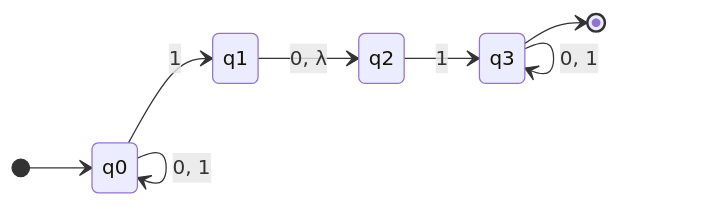
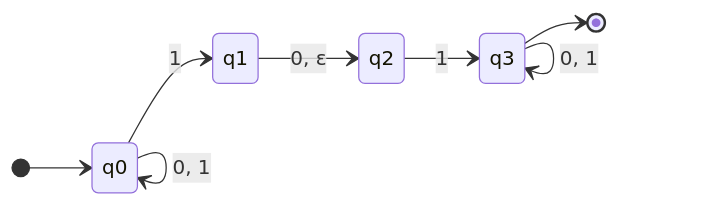
Before and after one commit to lelongc/rac: the first of 12 diagrams in iuh/môn/hk1-4/automat/3-4/ly_thuyet_nfa.md, drawn with Mermaid. The commit also changed other lines of this file and 7 other files, not shown here.

````diff
--- a/iuh/môn/hk1-4/automat/3-4/ly_thuyet_nfa.md
+++ b/iuh/môn/hk1-4/automat/3-4/ly_thuyet_nfa.md
@@ -79,11 +79,11 @@
 ```mermaid
 stateDiagram-v2
     direction LR
     [*] --> q0
     q0 --> q0: 0, 1
     q0 --> q1: 1
-    q1 --> q2: 0, λ
+    q1 --> q2: 0, ε
     q2 --> q3: 1
     q3 --> q3: 0, 1
     q3 --> [*]
 ```
````
